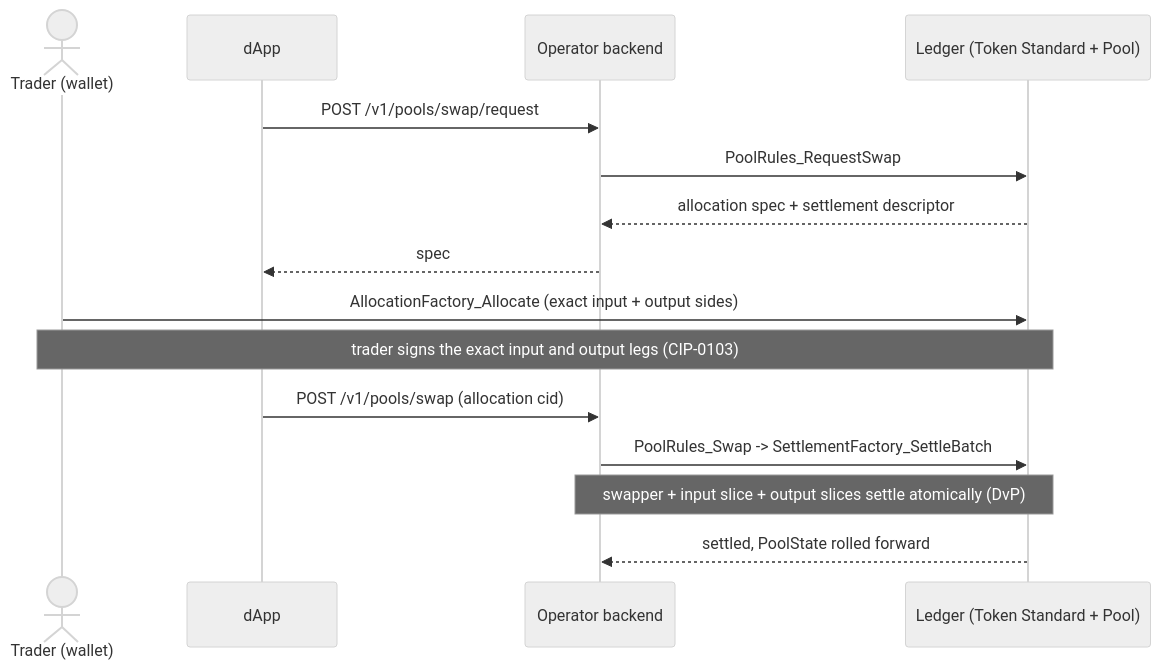
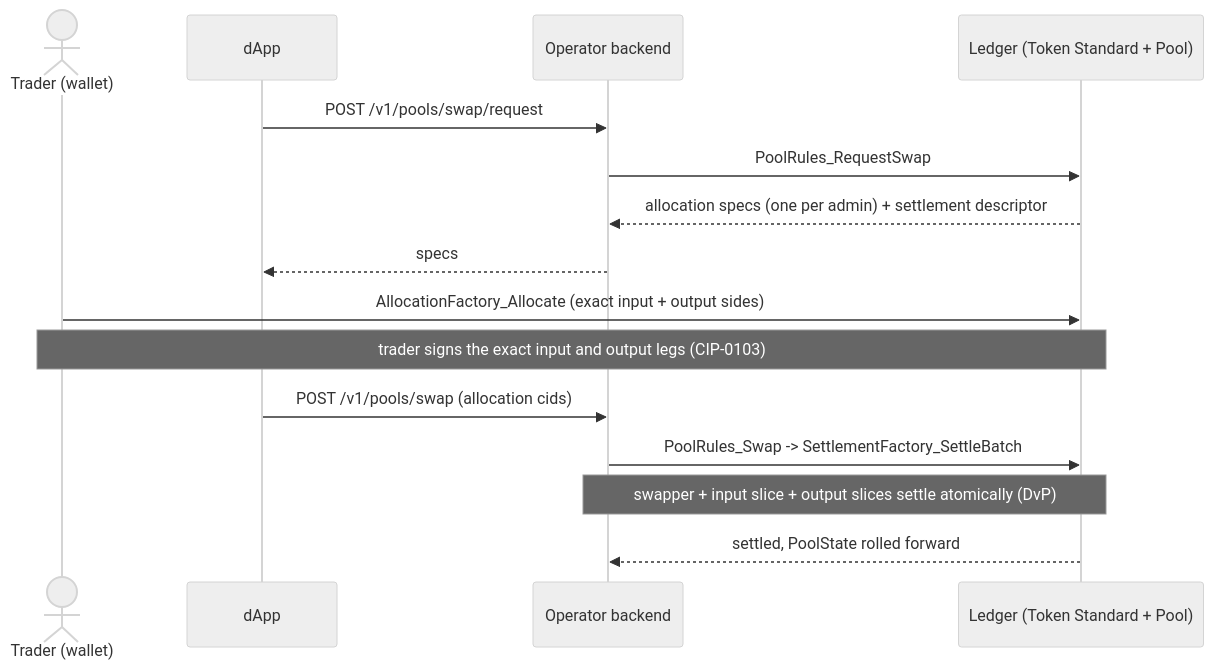
One commit to srikanth-bitdynamics/Canton-Dex-Reference-Implementation changed the first of 5 diagrams in docs/concepts/workflows.md. Above: the diagram before and after it, drawn with Mermaid (neutral theme). The commit also changed other lines of this file and 18 other files, not shown here.

````diff
--- a/docs/concepts/workflows.md
+++ b/docs/concepts/workflows.md
@@ -120,17 +120,17 @@
 ```mermaid
 sequenceDiagram
     actor T as Trader (wallet)
     participant D as dApp
     participant O as Operator backend
     participant L as Ledger (Token Standard + Pool)
     D->>O: POST /v1/pools/swap/request
     O->>L: PoolRules_RequestSwap
-    L-->>O: allocation spec + settlement descriptor
-    O-->>D: spec
+    L-->>O: allocation specs (one per admin) + settlement descriptor
+    O-->>D: specs
     T->>L: AllocationFactory_Allocate (exact input + output sides)
     Note over T,L: trader signs the exact input and output legs (CIP-0103)
-    D->>O: POST /v1/pools/swap (allocation cid)
+    D->>O: POST /v1/pools/swap (allocation cids)
     O->>L: PoolRules_Swap -> SettlementFactory_SettleBatch
     Note over O,L: swapper + input slice + output slices settle atomically (DvP)
     L-->>O: settled, PoolState rolled forward
 ```
````
